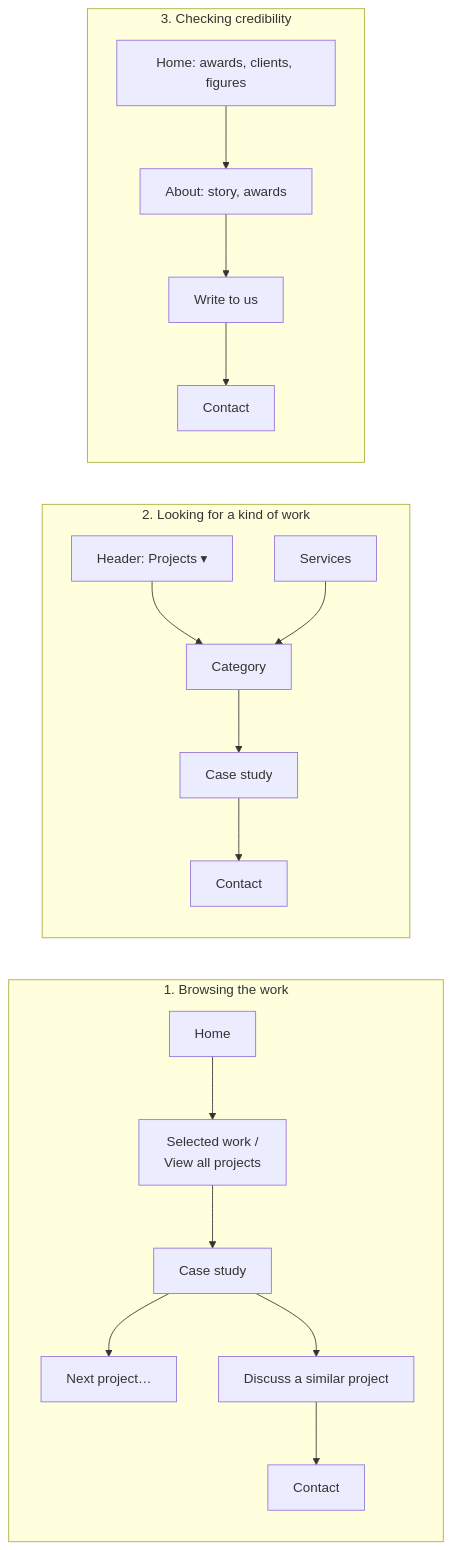
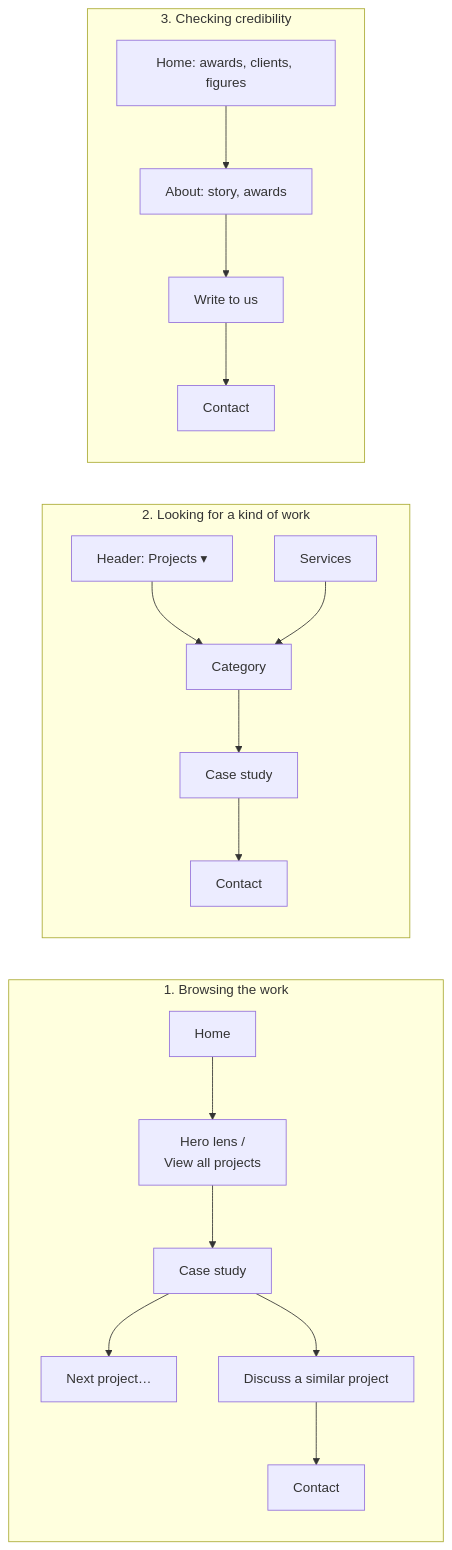
The second of 2 diagrams in docs/INFORMATION-ARCHITECTURE.md (mingkey88/achates360-website), drawn with Mermaid before and after one commit. The commit also changed other lines of this file and 11 other files, not shown here.

Commit message:
Homepage: hero lens half as large again; showreel replaces Selected work

````diff
--- a/docs/INFORMATION-ARCHITECTURE.md
+++ b/docs/INFORMATION-ARCHITECTURE.md
@@ -173,14 +173,14 @@
 ```mermaid
 flowchart LR
   subgraph J1 ["1. Browsing the work"]
-    a1["Home"] --> a2["Selected work /<br/>View all projects"] --> a3["Case study"] --> a4["Next project…"]
+    a1["Home"] --> a2["Hero lens /<br/>View all projects"] --> a3["Case study"] --> a4["Next project…"]
     a3 --> a5["Discuss a similar project"] --> a6["Contact"]
   end
   subgraph J2 ["2. Looking for a kind of work"]
     b1["Header: Projects ▾"] --> b2["Category"] --> b3["Case study"] --> b4["Contact"]
     b5["Services"] --> b2
   end
   subgraph J3 ["3. Checking credibility"]
     c1["Home: awards, clients, figures"] --> c2["About: story, awards"] --> c3["Write to us"] --> c4["Contact"]
   end
 ```
````
